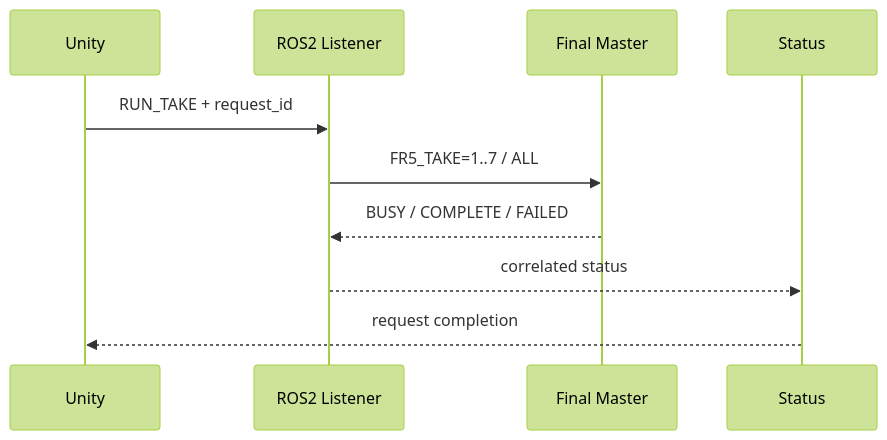
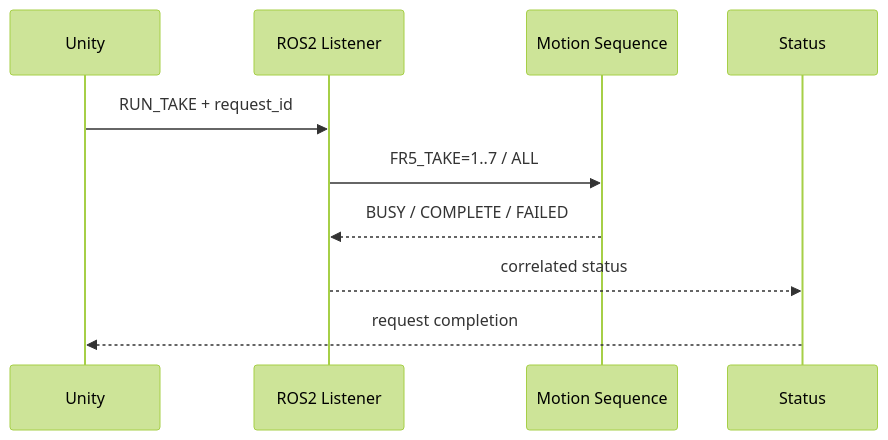
One commit to seongyeop-dev/fr5-unity-digital-twin changed the fourth of 9 diagrams in docs/04_data_flow.md. Above: the diagram before and after it, drawn with Mermaid (forest theme). The commit also changed other lines of this file and 17 other files, not shown here.

````diff
--- a/docs/04_data_flow.md
+++ b/docs/04_data_flow.md
@@ -71,13 +71,13 @@
 ```mermaid
 sequenceDiagram
     participant U as Unity
     participant L as ROS2 Listener
-    participant M as Final Master
+    participant M as Motion Sequence
     participant S as Status
 
     U->>L: RUN_TAKE + request_id
     L->>M: FR5_TAKE=1..7 / ALL
     M-->>L: BUSY / COMPLETE / FAILED
     L-->>S: correlated status
     S-->>U: request completion
 ```
````
